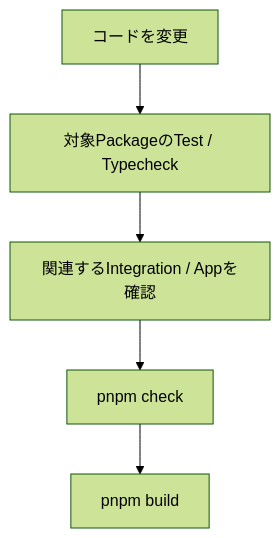
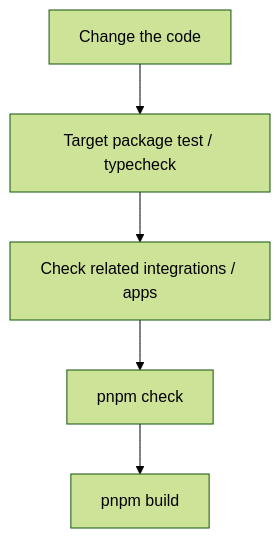
One commit to Rerurate514/riebeckite changed the third of 6 diagrams in docs/docs/framework/development.md. Above: the diagram before and after it, drawn with Mermaid (forest theme). The commit also changed other lines of this file and 604 other files, not shown here.

````diff
--- a/docs/docs/framework/development.md
+++ b/docs/docs/framework/development.md
@@ -157,13 +156,13 @@
-```mermaid id="jyhjau"
+```mermaid
 flowchart TD
-    Change["コードを変更"]
-    Focus["対象PackageのTest / Typecheck"]
-    Related["関連するIntegration / Appを確認"]
+    Change["Change the code"]
+    Focus["Target package test / typecheck"]
+    Related["Check related integrations / apps"]
     Check["pnpm check"]
     Build["pnpm build"]
 
     Change --> Focus
     Focus --> Related
     Related --> Check
     Check --> Build
 ```
````
